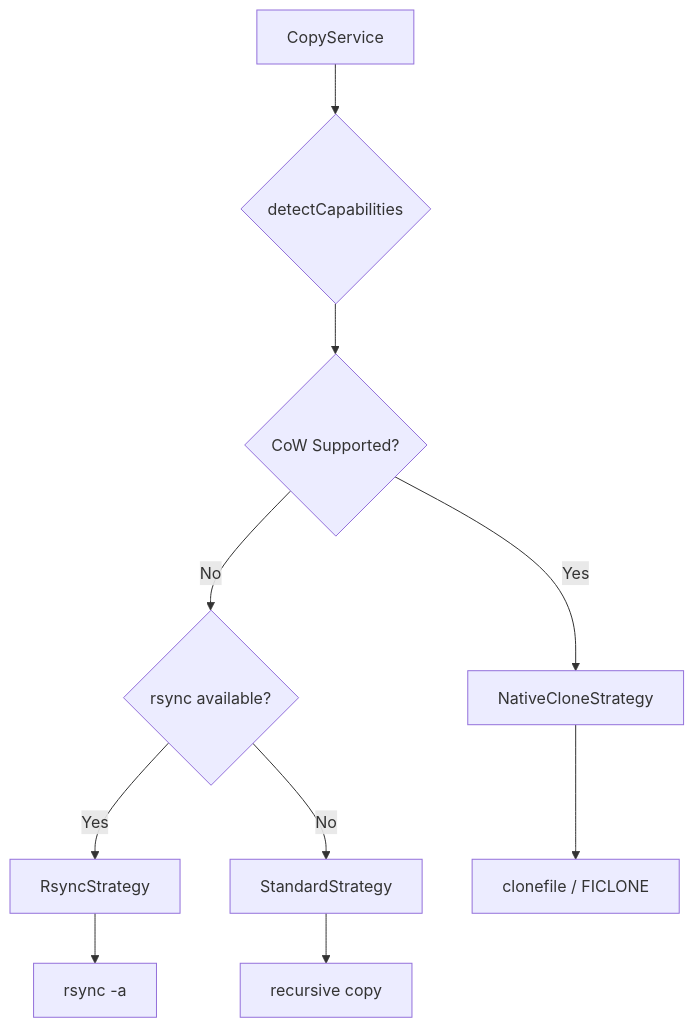
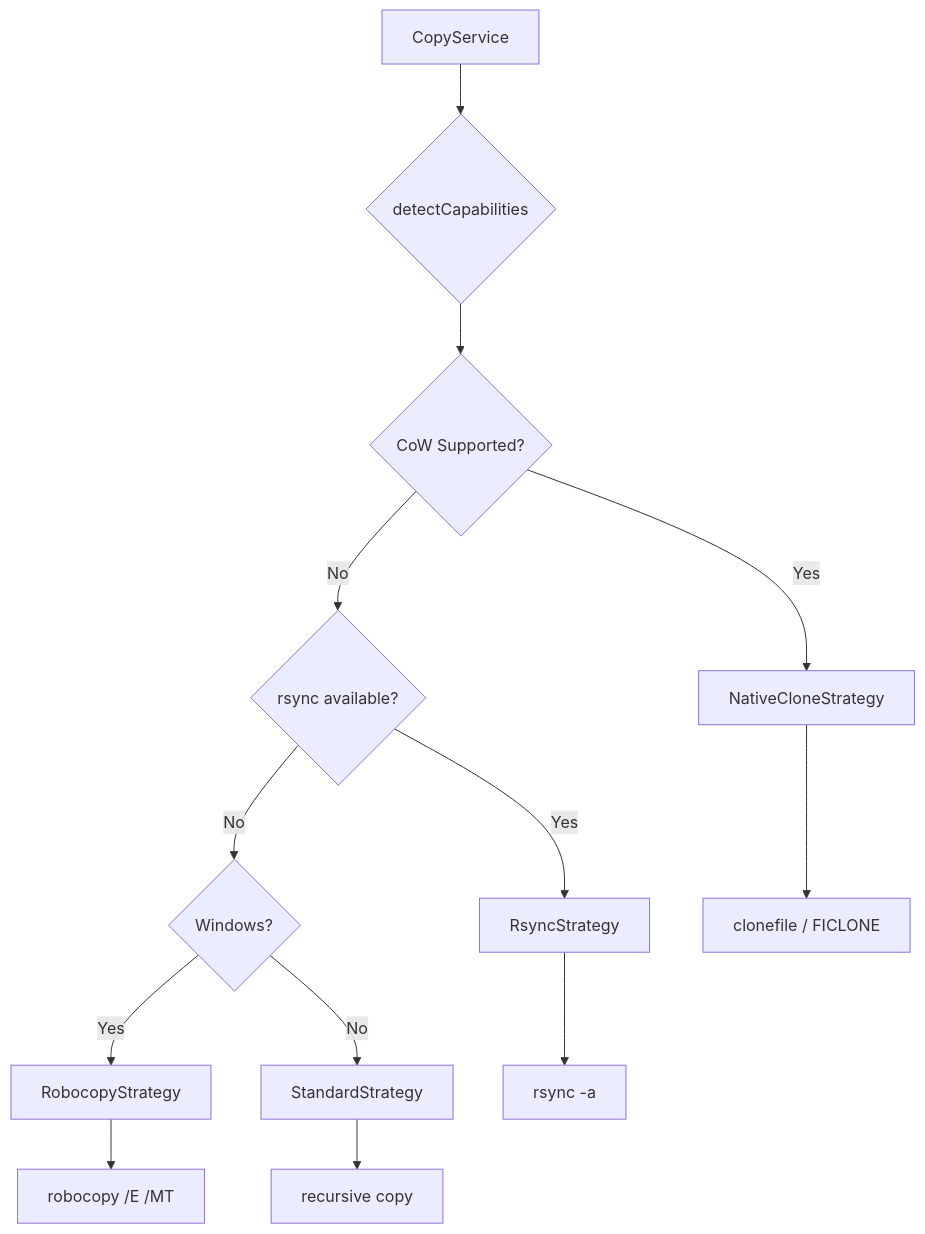
The second of 5 diagrams in docs/architecture.ja.md (kexi/vibe), drawn with Mermaid before and after one commit. The commit also changed other lines of this file and 9 other files, not shown here.

Commit message:
feat: support windows robocopy strategy

````diff
--- a/docs/architecture.ja.md
+++ b/docs/architecture.ja.md
@@ -49,13 +49,16 @@
 ```mermaid
 flowchart TD
     A[CopyService] --> B{detectCapabilities}
     B --> C{CoW Supported?}
     C -->|Yes| D[NativeCloneStrategy]
     C -->|No| E{rsync available?}
     E -->|Yes| F[RsyncStrategy]
-    E -->|No| G[StandardStrategy]
+    E -->|No| K{Windows?}
+    K -->|Yes| L[RobocopyStrategy]
+    K -->|No| G[StandardStrategy]
 
     D --> H[clonefile / FICLONE]
     F --> I[rsync -a]
+    L --> M[robocopy /E /MT]
     G --> J[recursive copy]
 ```
````
